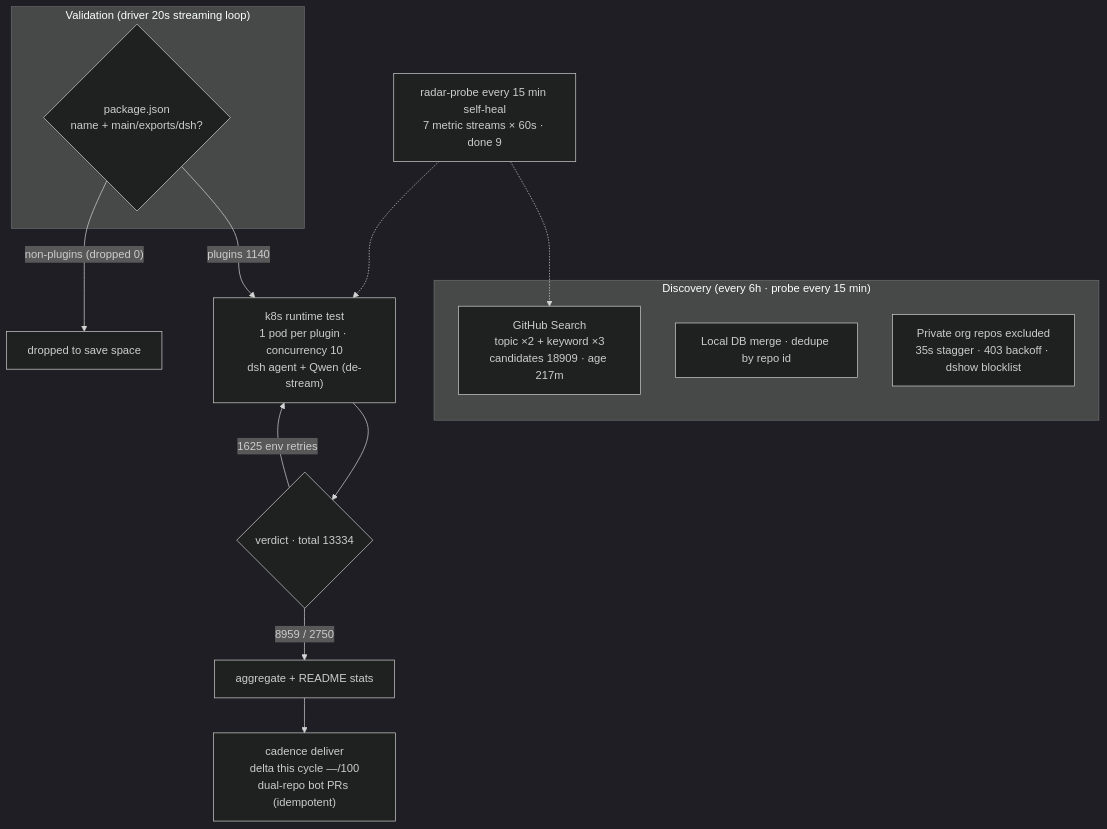
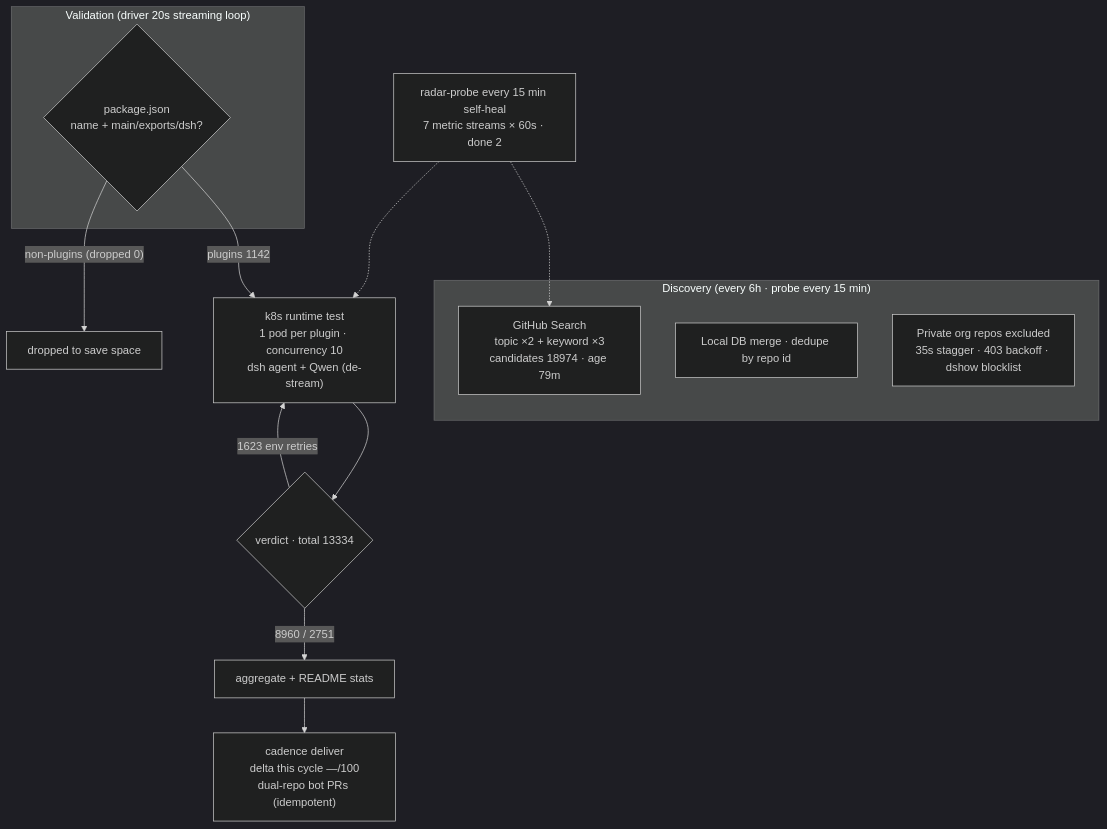
The diagram in README.en-US.md (AdamPlatin123/dsh-plugin-radar), drawn with Mermaid (dark theme) before and after one commit. The commit also changed other lines of this file and 17 other files, not shown here.

````diff
--- a/README.en-US.md
+++ b/README.en-US.md
@@ -45,20 +45,20 @@
 ```mermaid
 flowchart TB
     subgraph Discovery["Discovery (every 6h · probe every 15 min)"]
-        A1["GitHub Search<br/>topic ×2 + keyword ×3<br/>candidates 18909 · age 217m"]
+        A1["GitHub Search<br/>topic ×2 + keyword ×3<br/>candidates 18974 · age 79m"]
         A2["Local DB merge · dedupe by repo id"]
         A3["Private org repos excluded<br/>35s stagger · 403 backoff · dshow blocklist"]
     end
     subgraph Validation["Validation (driver 20s streaming loop)"]
         B1{"package.json<br/>name + main/exports/dsh?"}
     end
-    B1 -->|"plugins 1140"| C1["k8s runtime test<br/>1 pod per plugin · concurrency 10<br/>dsh agent + Qwen (de-stream)"]
+    B1 -->|"plugins 1142"| C1["k8s runtime test<br/>1 pod per plugin · concurrency 10<br/>dsh agent + Qwen (de-stream)"]
     B1 -->|"non-plugins (dropped 0)"| B3["dropped to save space"]
     C1 --> D1{"verdict · total 13334"}
-    D1 -->|"8959 / 2750"| E1["aggregate + README stats"]
-    D1 -->|"1625 env retries"| C1
+    D1 -->|"8960 / 2751"| E1["aggregate + README stats"]
+    D1 -->|"1623 env retries"| C1
     E1 --> E2["cadence deliver<br/>delta this cycle —/100<br/>dual-repo bot PRs (idempotent)"]
-    M["radar-probe every 15 min self-heal<br/>7 metric streams × 60s · done 9"]
+    M["radar-probe every 15 min self-heal<br/>7 metric streams × 60s · done 2"]
     M -.-> A1
     M -.-> C1
 ```
````
